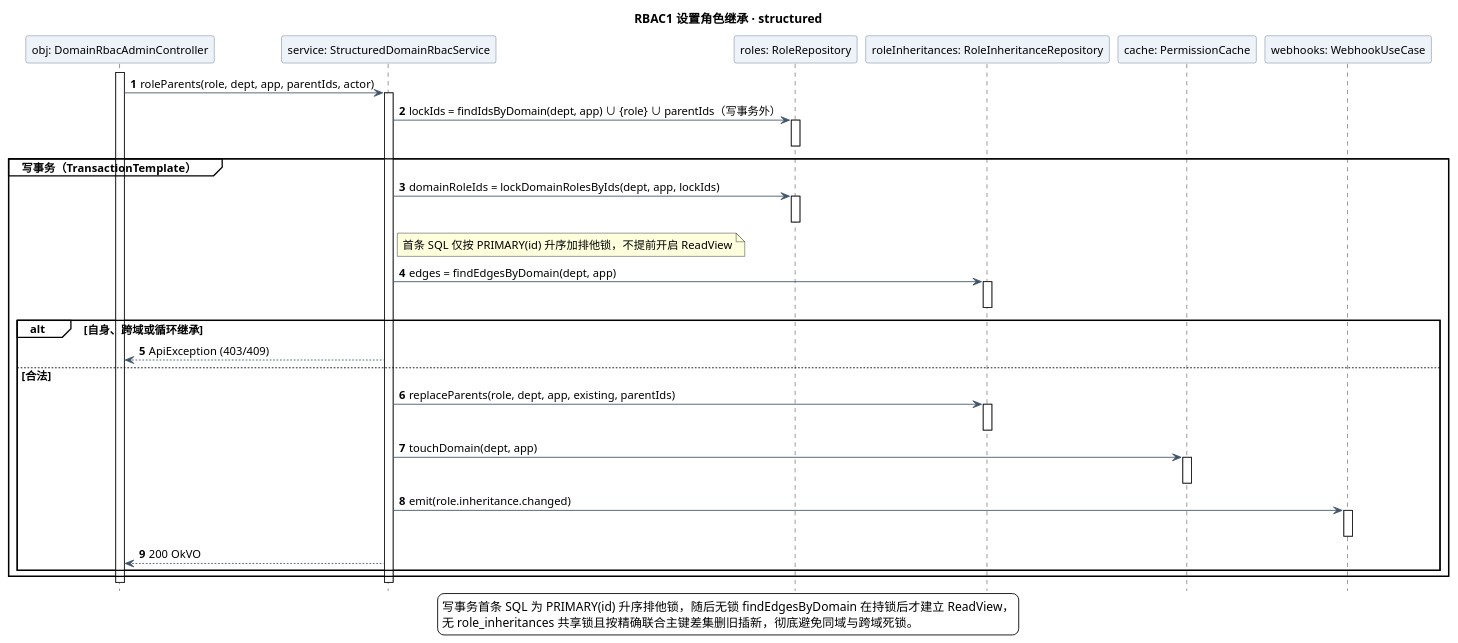
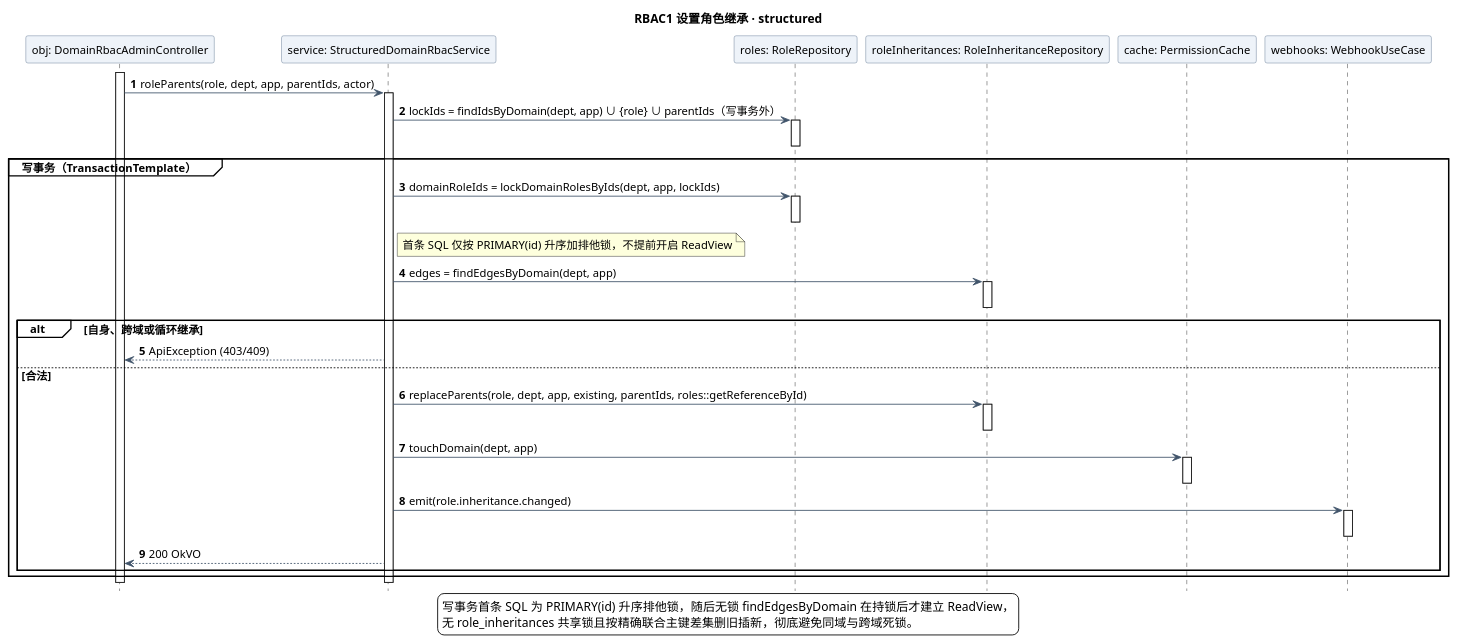
The diagram in doc/uml/role-hierarchy-sequence.puml (JiuQi79-BOT/MelonHub), drawn with PlantUML before and after one commit. The commit also changed 15 other files, not shown here.

Commit message:
docs(architecture): sync docs and UML diagrams to pure Spring Data JPA

```diff
--- a/doc/uml/role-hierarchy-sequence.puml
+++ b/doc/uml/role-hierarchy-sequence.puml
@@ -1,58 +1,58 @@
 @startuml
 skinparam shadowing false
 skinparam defaultFontName Microsoft YaHei
 skinparam defaultFontSize 13
 skinparam classAttributeIconSize 0
 skinparam backgroundColor white
 skinparam ArrowColor #41546B
 skinparam classBackgroundColor #F5F8FC
 skinparam classBorderColor #59708C
 skinparam sequenceParticipantBackgroundColor #EEF3F9
 skinparam sequenceParticipantBorderColor #59708C
 skinparam sequenceGroupBackgroundColor transparent
 skinparam sequenceMessageAlign left
 hide footbox
 title RBAC1 设置角色继承 · structured
 participant "obj: DomainRbacAdminController" as C
 participant "service: StructuredDomainRbacService" as S
 participant "roles: RoleRepository" as RR
 participant "roleInheritances: RoleInheritanceRepository" as RIR
 participant "cache: PermissionCache" as Cache
 participant "webhooks: WebhookUseCase" as W
 autonumber
 activate C
 C -> S: roleParents(role, dept, app, parentIds, actor)
 activate S
 S -> RR: lockIds = findIdsByDomain(dept, app) ∪ {role} ∪ parentIds（写事务外）
 activate RR
 deactivate RR
 group 写事务（TransactionTemplate）
  S -> RR: domainRoleIds = lockDomainRolesByIds(dept, app, lockIds)
  activate RR
  deactivate RR
  note right of S: 首条 SQL 仅按 PRIMARY(id) 升序加排他锁，不提前开启 ReadView
  S -> RIR: edges = findEdgesByDomain(dept, app)
  activate RIR
  deactivate RIR
  alt 自身、跨域或循环继承
   S --> C: ApiException (403/409)
  else 合法
-  S -> RIR: replaceParents(role, dept, app, existing, parentIds)
+  S -> RIR: replaceParents(role, dept, app, existing, parentIds, roles::getReferenceById)
   activate RIR
   deactivate RIR
   S -> Cache: touchDomain(dept, app)
   activate Cache
   deactivate Cache
   S -> W: emit(role.inheritance.changed)
   activate W
   deactivate W
   S --> C: 200 OkVO
  end
 end
 deactivate S
 deactivate C
 legend bottom
 写事务首条 SQL 为 PRIMARY(id) 升序排他锁，随后无锁 findEdgesByDomain 在持锁后才建立 ReadView，
 无 role_inheritances 共享锁且按精确联合主键差集删旧插新，彻底避免同域与跨域死锁。
 endlegend
 @enduml
```
